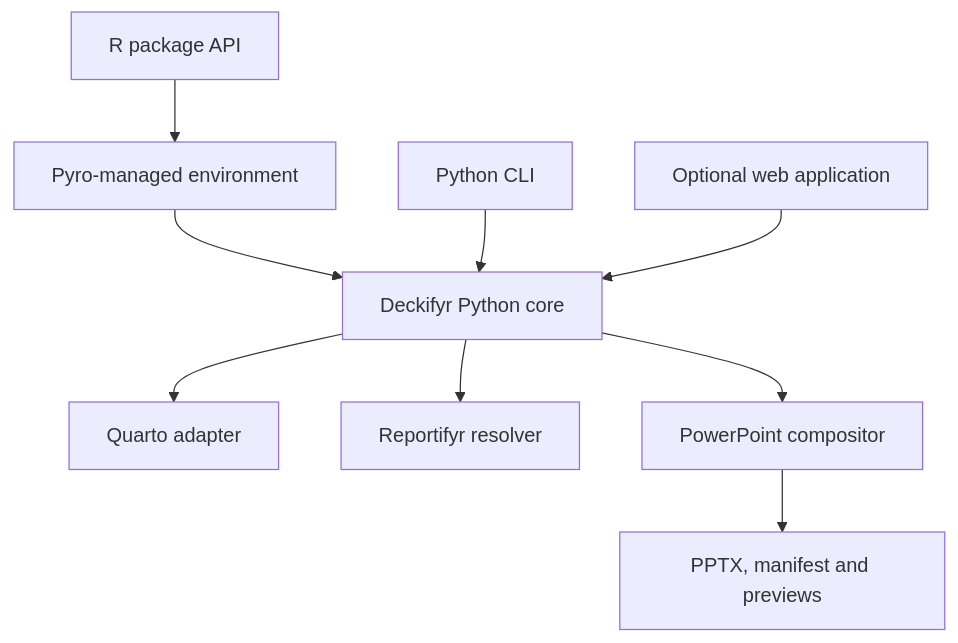
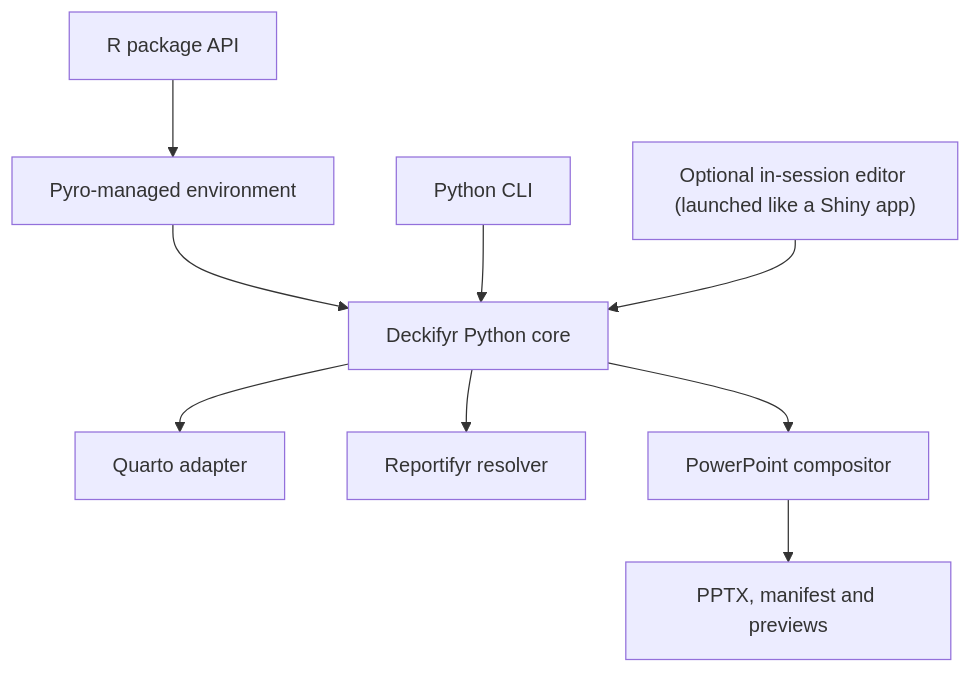
One commit to jprybylski/deckifyr changed the diagram in deckifyr-specification.md. Above: the diagram before and after it, drawn with Mermaid. The commit also changed other lines of this file, not shown here.

First line of the commit message:
Clarify web app scope: in-session RStudio/Positron editor, not a hosted site

````diff
--- a/deckifyr-specification.md
+++ b/deckifyr-specification.md
@@ -88,11 +89,11 @@
 ```mermaid
 flowchart TD
     R["R package API"] --> P["Pyro-managed environment"]
     P --> C["Deckifyr Python core"]
     CLI["Python CLI"] --> C
-    WEB["Optional web application"] --> C
+    WEB["Optional in-session editor (launched like a Shiny app)"] --> C
     C --> Q["Quarto adapter"]
     C --> RF["Reportifyr resolver"]
     C --> PPTX["PowerPoint compositor"]
     PPTX --> OUT["PPTX, manifest and previews"]
 ```
````
